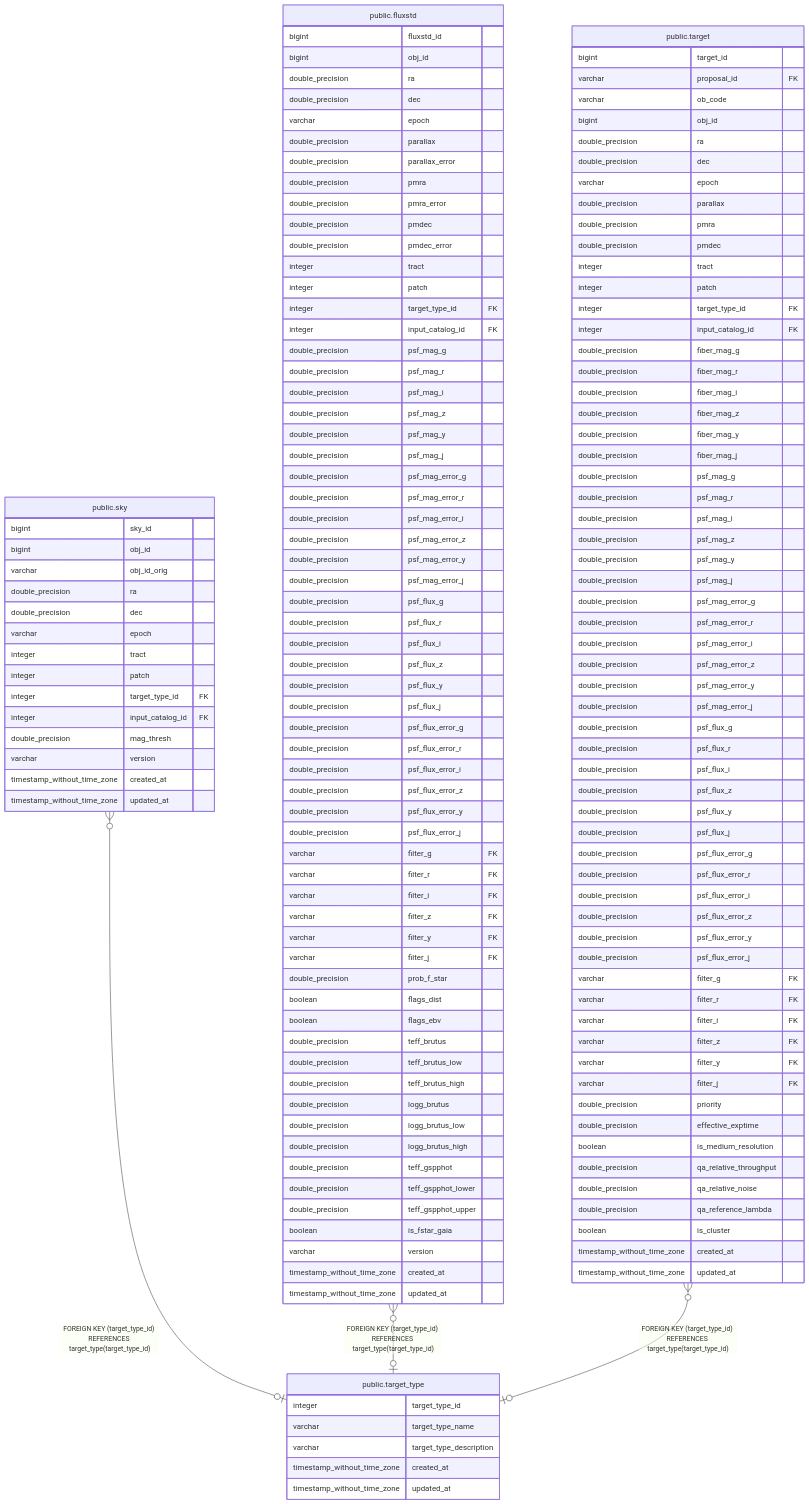
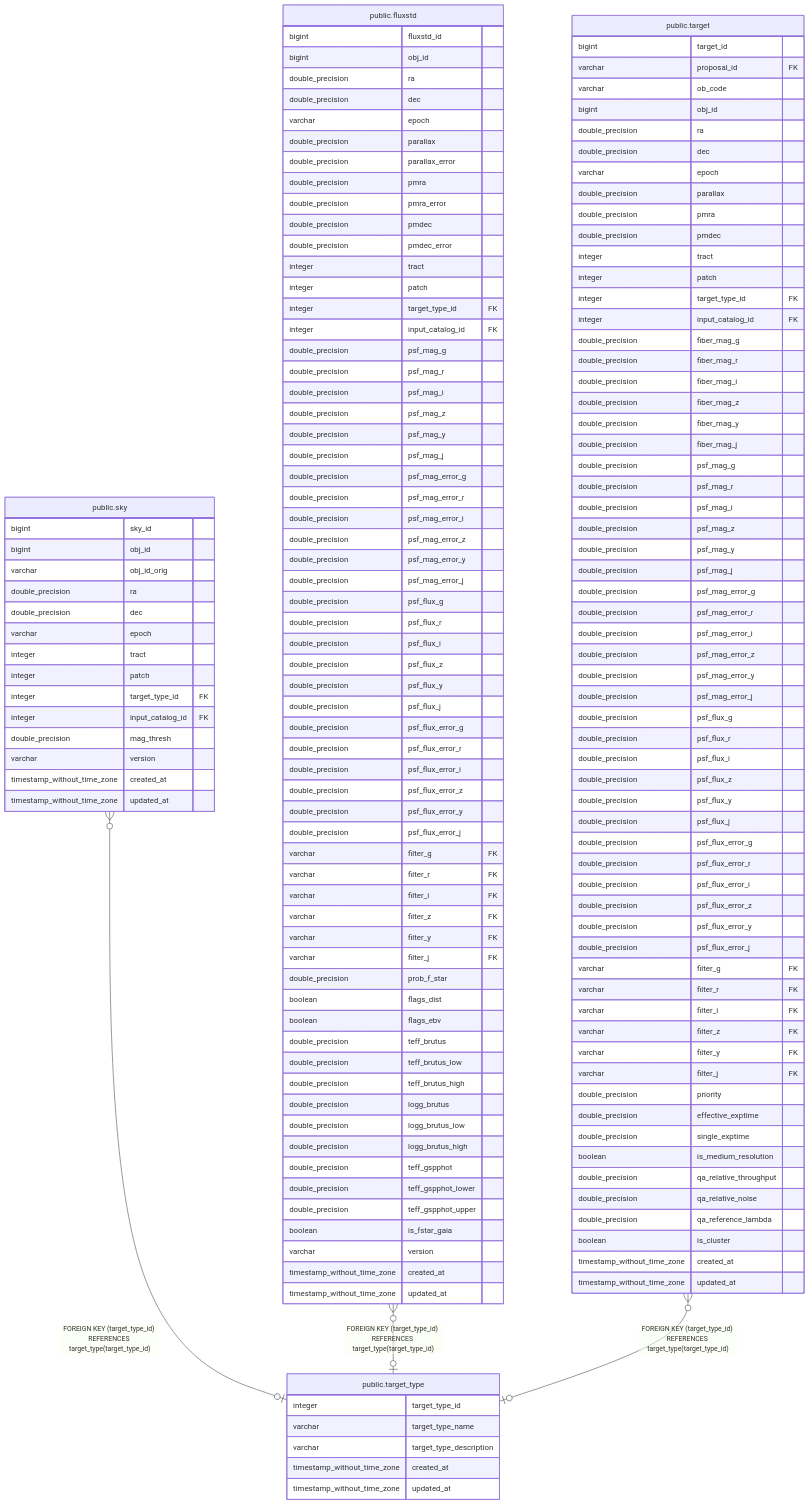
Before and after one commit to Subaru-PFS/ets_target_database: the diagram in docs/tbls/public.target_type.md, drawn with Mermaid. The commit also changed 8 other files, not shown here.

Commit message:
document update on single_exptime

```diff
--- a/docs/tbls/public.target_type.md
+++ b/docs/tbls/public.target_type.md
@@ -172,6 +172,7 @@
   varchar filter_j FK
   double_precision priority
   double_precision effective_exptime
+  double_precision single_exptime
   boolean is_medium_resolution
   double_precision qa_relative_throughput
   double_precision qa_relative_noise
```
